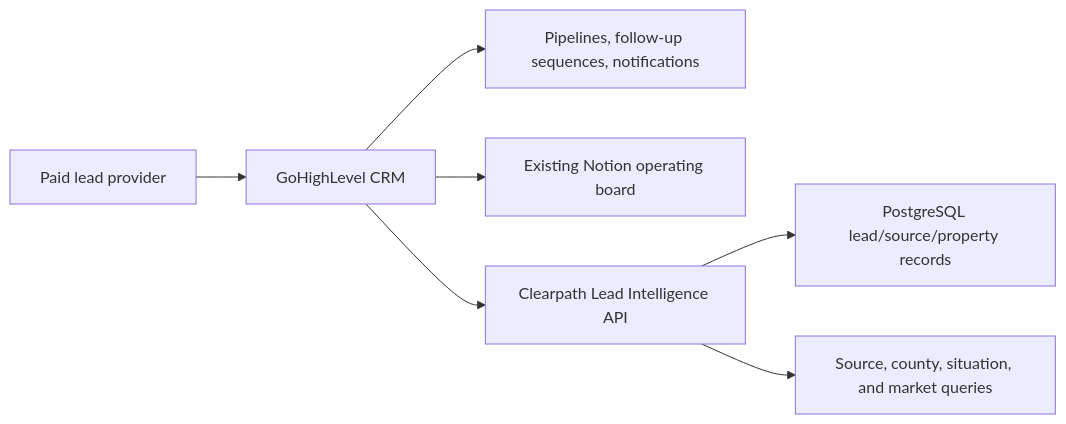
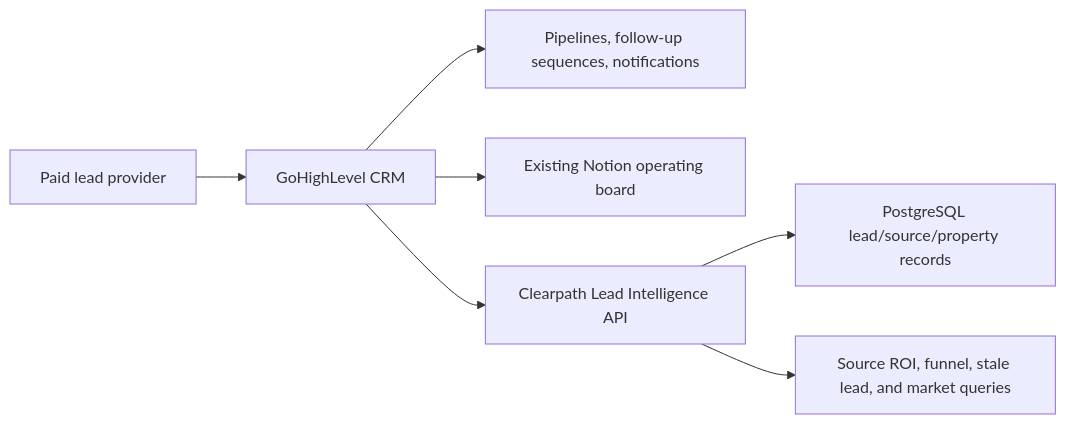
The first of 4 diagrams in docs/architecture.md (manynames3/clearpath-fargate-api), drawn with Mermaid before and after one commit. The commit also changed other lines of this file and 19 other files, not shown here.

````diff
--- a/docs/architecture.md
+++ b/docs/architecture.md
@@ -13,9 +13,9 @@
 ```mermaid
 flowchart LR
     provider["Paid lead provider"] --> ghl["GoHighLevel CRM"]
     ghl --> sales["Pipelines, follow-up sequences, notifications"]
     ghl --> notion["Existing Notion operating board"]
     ghl --> api["Clearpath Lead Intelligence API"]
     api --> db["PostgreSQL lead/source/property records"]
-    api --> reports["Source, county, situation, and market queries"]
+    api --> reports["Source ROI, funnel, stale lead, and market queries"]
 ```
````
